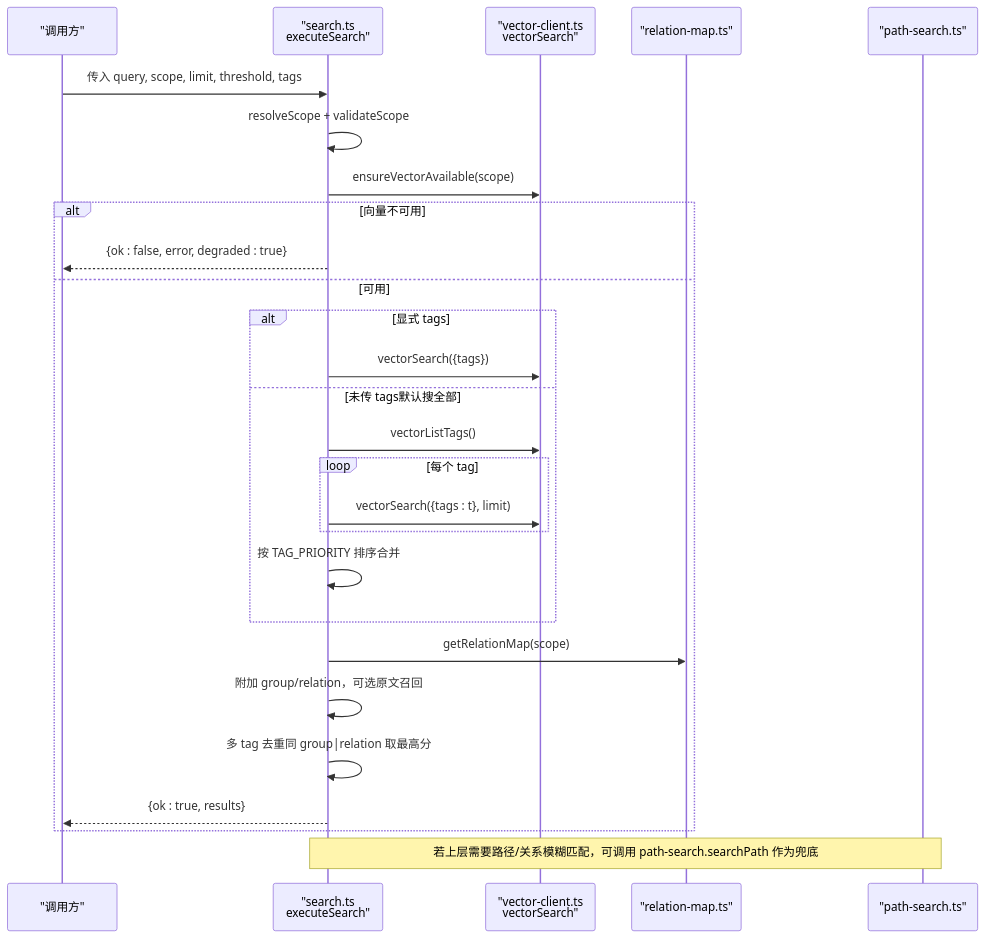
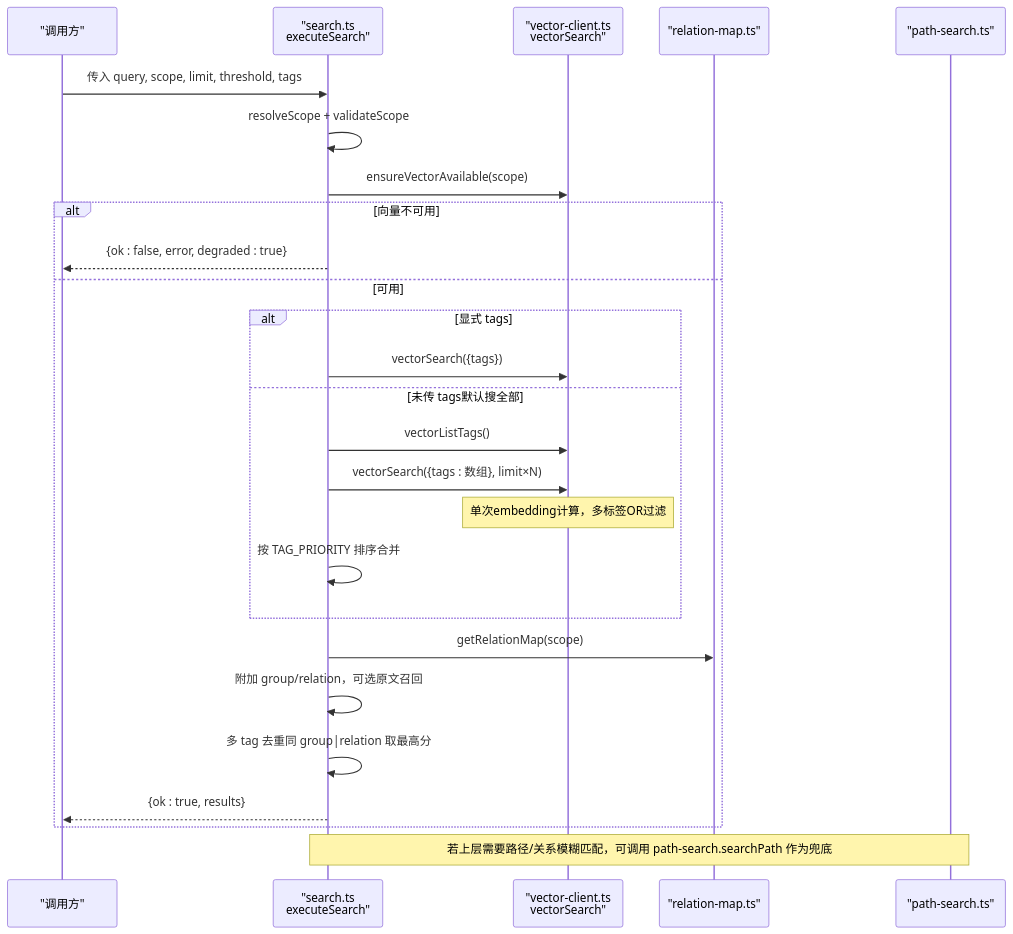
One commit to HACK-WU/kisearch changed the second of 6 diagrams in .qoder/repowiki/zh/content/搜索引擎详解/查询机制.md. Above: the diagram before and after it, drawn with Mermaid. The commit also changed other lines of this file and 129 other files, not shown here.

````diff
--- a/.qoder/repowiki/zh/content/搜索引擎详解/查询机制.md
+++ b/.qoder/repowiki/zh/content/搜索引擎详解/查询机制.md
@@ -93,29 +104,28 @@
 ```mermaid
 sequenceDiagram
 participant U as "调用方"
 participant S as "search.ts<br/>executeSearch"
 participant V as "vector-client.ts<br/>vectorSearch"
 participant R as "relation-map.ts"
 participant P as "path-search.ts"
 U->>S : 传入 query, scope, limit, threshold, tags
 S->>S : resolveScope + validateScope
 S->>V : ensureVectorAvailable(scope)
 alt 向量不可用
 S-->>U : {ok : false, error, degraded : true}
 else 可用
 alt 显式 tags
 S->>V : vectorSearch({tags})
 else 未传 tags默认搜全部
 S->>V : vectorListTags()
-loop 每个 tag
-S->>V : vectorSearch({tags : t}, limit)
-end
+S->>V : vectorSearch({tags : 数组}, limit×N)
+Note over V : 单次embedding计算，多标签OR过滤
 S->>S : 按 TAG_PRIORITY 排序合并
 end
 S->>R : getRelationMap(scope)
 S->>S : 附加 group/relation，可选原文召回
 S->>S : 多 tag 去重同 group|relation 取最高分
 S-->>U : {ok : true, results}
 end
 Note over S,P : 若上层需要路径/关系模糊匹配，可调用 path-search.searchPath 作为兜底
 ```
````
